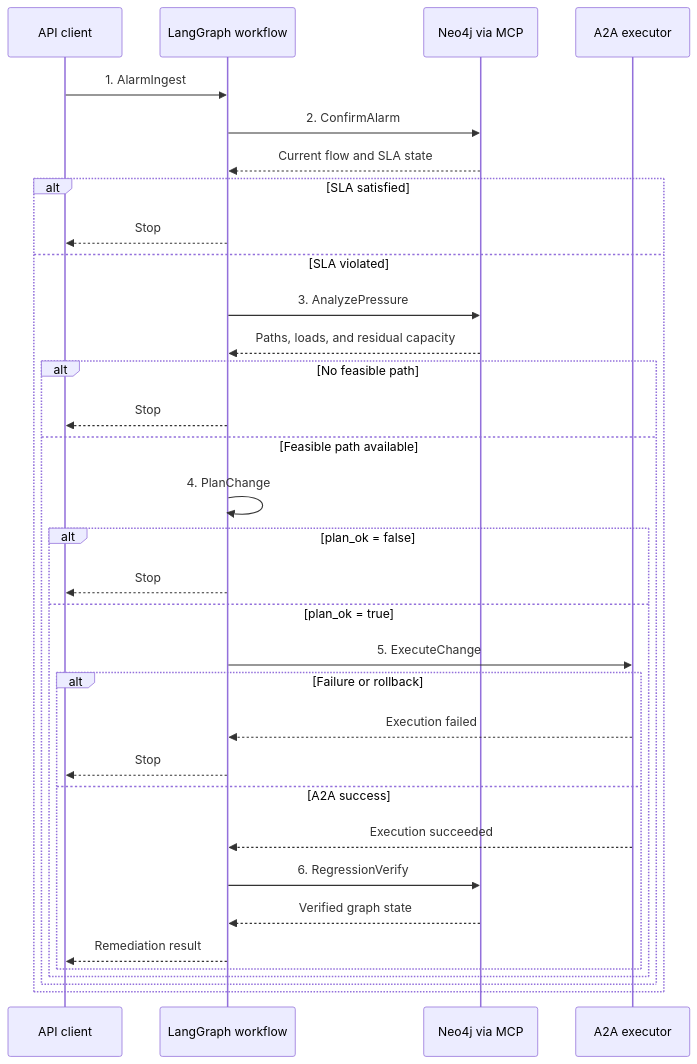
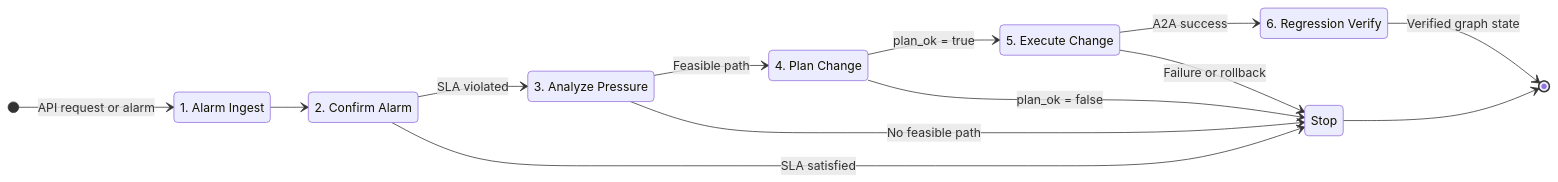
The second of 2 diagrams in README.md (HTauX/llm-agent-qos-orchestrator), drawn with Mermaid before and after one commit.

Commit message:
Simplify closed-loop workflow diagram

````diff
--- a/README.md
+++ b/README.md
@@ -52,40 +52,25 @@
 ```mermaid
-sequenceDiagram
-    participant Client as API client
-    participant Workflow as LangGraph workflow
-    participant Neo4j as Neo4j via MCP
-    participant Executor as A2A executor
+stateDiagram-v2
+    direction LR
 
-    Client->>Workflow: 1. AlarmIngest
-    Workflow->>Neo4j: 2. ConfirmAlarm
-    Neo4j-->>Workflow: Current flow and SLA state
+    state "1. Alarm Ingest" as AlarmIngest
+    state "2. Confirm Alarm" as ConfirmAlarm
+    state "3. Analyze Pressure" as AnalyzePressure
+    state "4. Plan Change" as PlanChange
+    state "5. Execute Change" as ExecuteChange
+    state "6. Regression Verify" as RegressionVerify
 
-    alt SLA satisfied
-        Workflow-->>Client: Stop
-    else SLA violated
-        Workflow->>Neo4j: 3. AnalyzePressure
-        Neo4j-->>Workflow: Paths, loads, and residual capacity
+    [*] --> AlarmIngest: API request or alarm
+    AlarmIngest --> ConfirmAlarm
+    ConfirmAlarm --> AnalyzePressure: SLA violated
+    AnalyzePressure --> PlanChange: Feasible path
+    PlanChange --> ExecuteChange: plan_ok = true
+    ExecuteChange --> RegressionVerify: A2A success
+    RegressionVerify --> [*]: Verified graph state
 
-        alt No feasible path
-            Workflow-->>Client: Stop
-        else Feasible path available
-            Workflow->>Workflow: 4. PlanChange
-
-            alt plan_ok = false
-                Workflow-->>Client: Stop
-            else plan_ok = true
-                Workflow->>Executor: 5. ExecuteChange
-
-                alt Failure or rollback
-                    Executor-->>Workflow: Execution failed
-                    Workflow-->>Client: Stop
-                else A2A success
-                    Executor-->>Workflow: Execution succeeded
-                    Workflow->>Neo4j: 6. RegressionVerify
-                    Neo4j-->>Workflow: Verified graph state
-                    Workflow-->>Client: Remediation result
-                end
-            end
-        end
-    end
+    ConfirmAlarm --> Stop: SLA satisfied
+    AnalyzePressure --> Stop: No feasible path
+    PlanChange --> Stop: plan_ok = false
+    ExecuteChange --> Stop: Failure or rollback
+    Stop --> [*]
 ```
````
